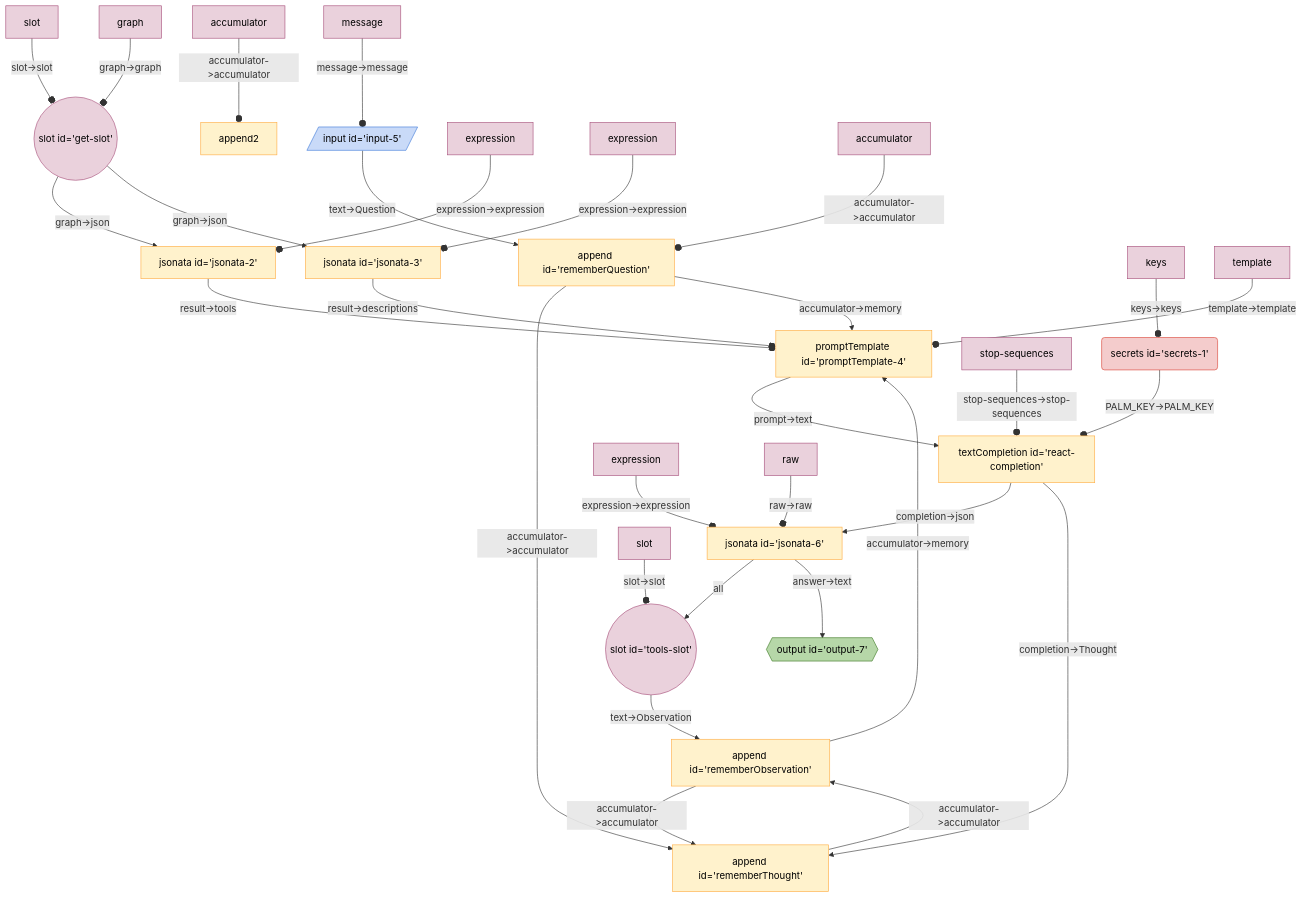
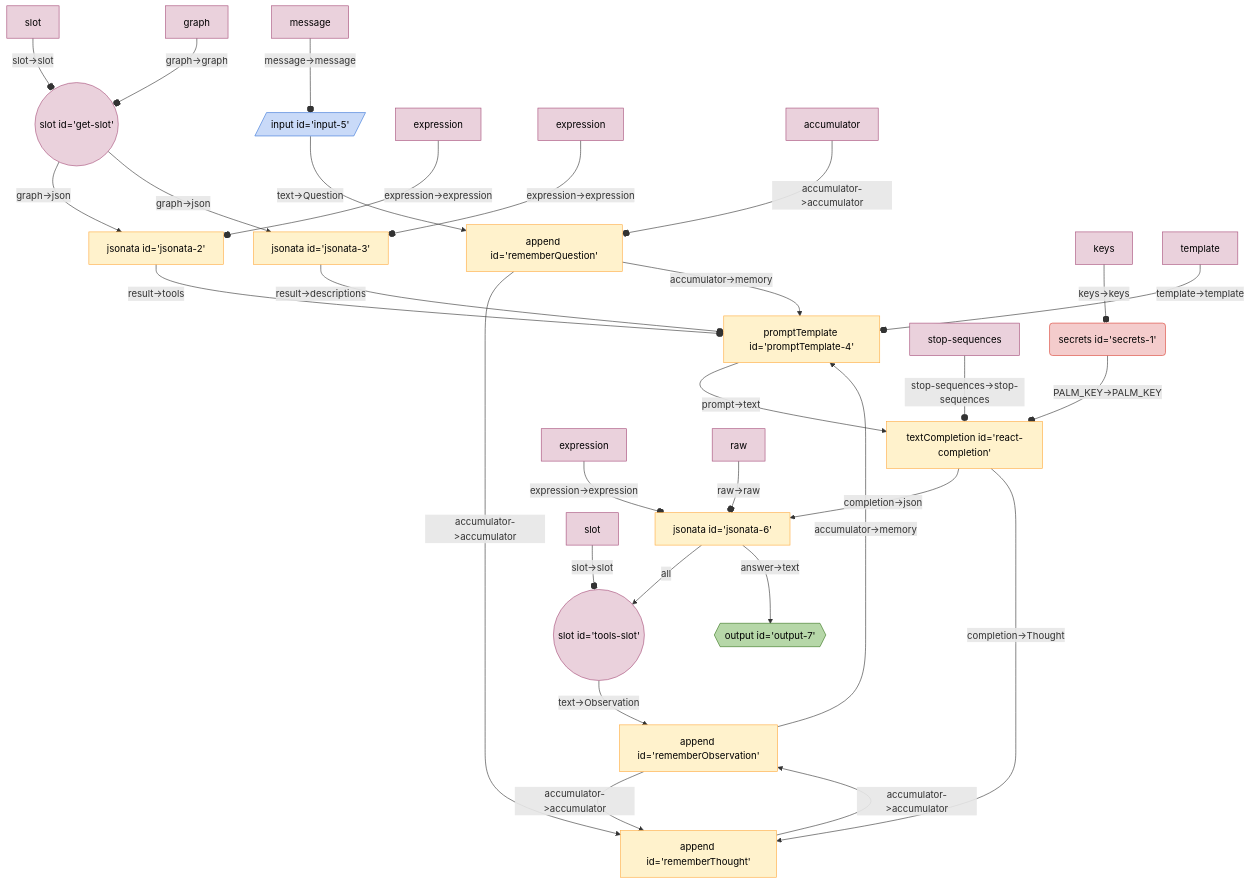
One commit to breadboard-ai/breadboard changed the diagram in seeds/graph-playground/docs/graphs/react-with-slot.md. Above: the diagram before and after it, drawn with Mermaid. The commit also changed 1 other file, not shown here.

Commit message:
[llm-starter] Teach `react-with-slot` to use `append`.
Progress on #59.

````diff
--- a/seeds/graph-playground/docs/graphs/react-with-slot.md
+++ b/seeds/graph-playground/docs/graphs/react-with-slot.md
@@ -6,42 +6,41 @@
 ```mermaid
 %%{init: 'themeVariables': { 'fontFamily': 'Fira Code, monospace' }}%%
 graph TD;
 getslot(("slot id='get-slot'")):::slot -- "graph->json" --> jsonata2["jsonata id='jsonata-2'"]
 getslot(("slot id='get-slot'")):::slot -- "graph->json" --> jsonata3["jsonata id='jsonata-3'"]
 jsonata3["jsonata id='jsonata-3'"] -- "result->descriptions" --o promptTemplate4["promptTemplate id='promptTemplate-4'"]
 jsonata2["jsonata id='jsonata-2'"] -- "result->tools" --o promptTemplate4["promptTemplate id='promptTemplate-4'"]
 rememberObservation["append id='rememberObservation'"] -- "accumulator->memory" --> promptTemplate4["promptTemplate id='promptTemplate-4'"]
 rememberThought["append id='rememberThought'"] -- "accumulator->accumulator" --> rememberObservation["append id='rememberObservation'"]
 rememberObservation["append id='rememberObservation'"] -- "accumulator->accumulator" --> rememberThought["append id='rememberThought'"]
 rememberQuestion["append id='rememberQuestion'"] -- "accumulator->accumulator" --> rememberThought["append id='rememberThought'"]
 rememberQuestion["append id='rememberQuestion'"] -- "accumulator->memory" --> promptTemplate4["promptTemplate id='promptTemplate-4'"]
 input5[/"input id='input-5'"/]:::input -- "text->Question" --> rememberQuestion["append id='rememberQuestion'"]
 secrets1("secrets id='secrets-1'"):::secrets -- "PALM_KEY->PALM_KEY" --o reactcompletion["textCompletion id='react-completion'"]
 toolsslot(("slot id='tools-slot'")):::slot -- "text->Observation" --> rememberObservation["append id='rememberObservation'"]
 jsonata6["jsonata id='jsonata-6'"] -- all --> toolsslot(("slot id='tools-slot'")):::slot
 jsonata6["jsonata id='jsonata-6'"] -- "answer->text" --> output7{{"output id='output-7'"}}:::output
 reactcompletion["textCompletion id='react-completion'"] -- "completion->json" --> jsonata6["jsonata id='jsonata-6'"]
 reactcompletion["textCompletion id='react-completion'"] -- "completion->Thought" --> rememberThought["append id='rememberThought'"]
 promptTemplate4["promptTemplate id='promptTemplate-4'"] -- "prompt->text" --> reactcompletion["textCompletion id='react-completion'"]
 keyssecrets1[keys]:::config -- "keys->keys" --o secrets1
-accumulatorappend2[accumulator]:::config -- "accumulator->accumulator" --o append2
 slotgetslot[slot]:::config -- "slot->slot" --o getslot
 graphgetslot[graph]:::config -- "graph->graph" --o getslot
 expressionjsonata2[expression]:::config -- "expression->expression" --o jsonata2
 expressionjsonata3[expression]:::config -- "expression->expression" --o jsonata3
 templatepromptTemplate4[template]:::config -- "template->template" --o promptTemplate4
 accumulatorrememberQuestion[accumulator]:::config -- "accumulator->accumulator" --o rememberQuestion
 messageinput5[message]:::config -- "message->message" --o input5
 stopsequencesreactcompletion[stop-sequences]:::config -- "stop-sequences->stop-sequences" --o reactcompletion
 expressionjsonata6[expression]:::config -- "expression->expression" --o jsonata6
 rawjsonata6[raw]:::config -- "raw->raw" --o jsonata6
 slottoolsslot[slot]:::config -- "slot->slot" --o toolsslot
 classDef default stroke:#ffab40,fill:#fff2ccff,color:#000
 classDef input stroke:#3c78d8,fill:#c9daf8ff,color:#000
 classDef output stroke:#38761d,fill:#b6d7a8ff,color:#000
 classDef passthrough stroke:#a64d79,fill:#ead1dcff,color:#000
 classDef slot stroke:#a64d79,fill:#ead1dcff,color:#000
 classDef config stroke:#a64d79,fill:#ead1dcff,color:#000
 classDef secrets stroke:#db4437,fill:#f4cccc,color:#000
 classDef slotted stroke:#a64d79
 ```
````
